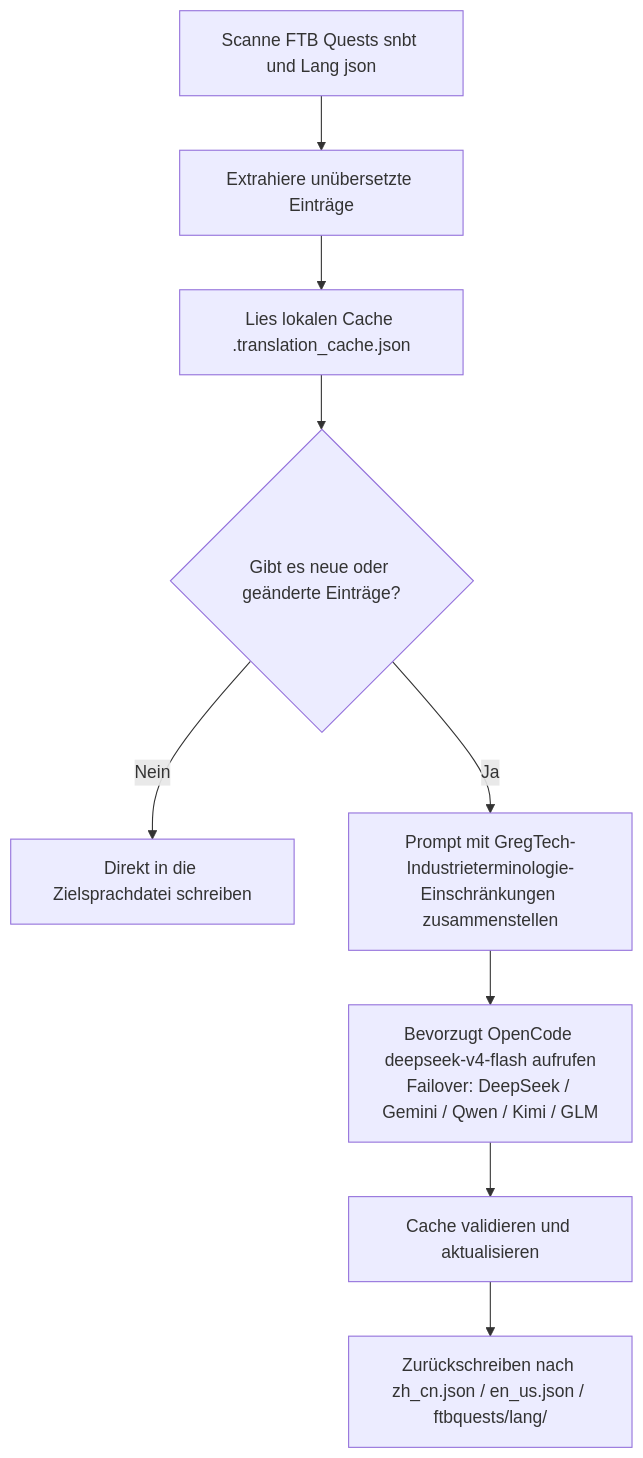
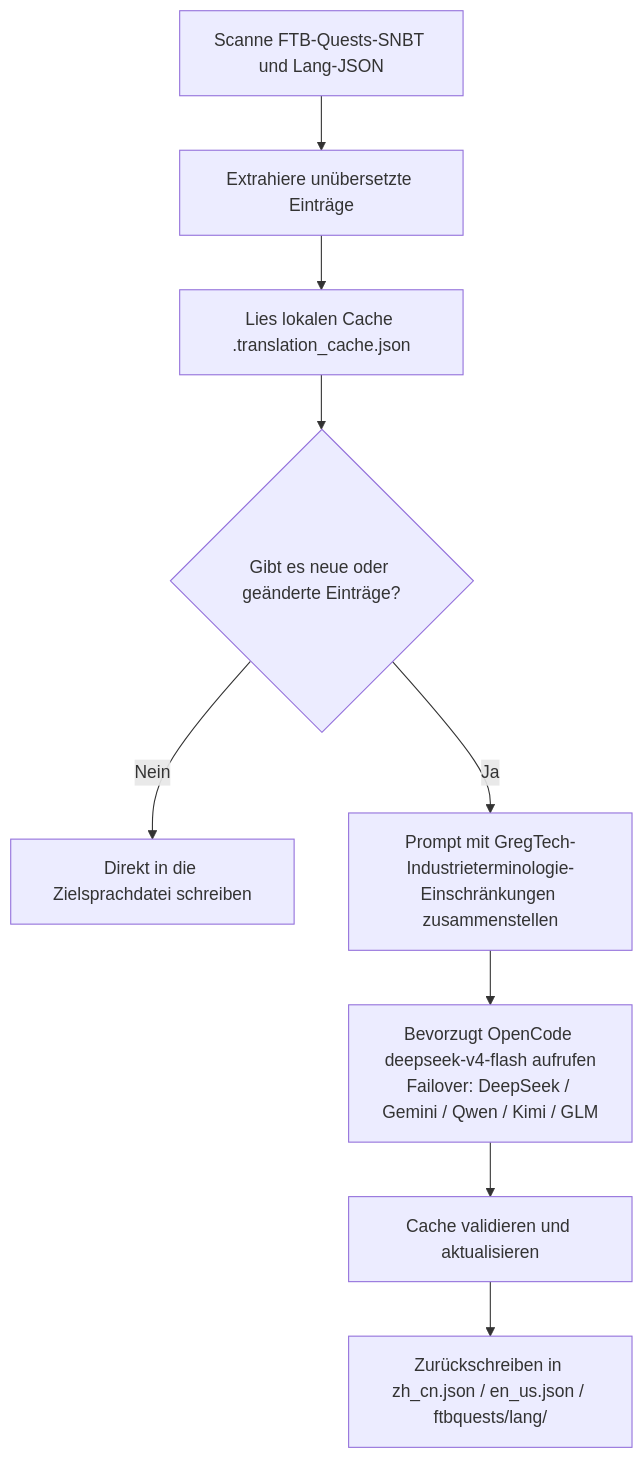
Before and after one commit to takanashisatou/GregtechEasy: the diagram in docs/de/ci-cd-and-translation/ai-translation.md, drawn with Mermaid. The commit also changed other lines of this file and 138 other files, not shown here.

````diff
--- a/docs/de/ci-cd-and-translation/ai-translation.md
+++ b/docs/de/ci-cd-and-translation/ai-translation.md
@@ -27,11 +27,11 @@
 ```mermaid
 graph TD
-    A[Scanne FTB Quests snbt und Lang json] --> B[Extrahiere unübersetzte Einträge]
+    A[Scanne FTB-Quests-SNBT und Lang-JSON] --> B[Extrahiere unübersetzte Einträge]
     B --> C[Lies lokalen Cache .translation_cache.json]
     C --> D{Gibt es neue oder geänderte Einträge?}
     D -- Nein --> E[Direkt in die Zielsprachdatei schreiben]
     D -- Ja --> F[Prompt mit GregTech-Industrieterminologie-Einschränkungen zusammenstellen]
     F --> G["Bevorzugt OpenCode deepseek-v4-flash aufrufen<br/>Failover: DeepSeek / Gemini / Qwen / Kimi / GLM"]
     G --> H[Cache validieren und aktualisieren]
-    H --> I[Zurückschreiben nach zh_cn.json / en_us.json / ftbquests/lang/]
+    H --> I[Zurückschreiben in zh_cn.json / en_us.json / ftbquests/lang/]
 ```
````
